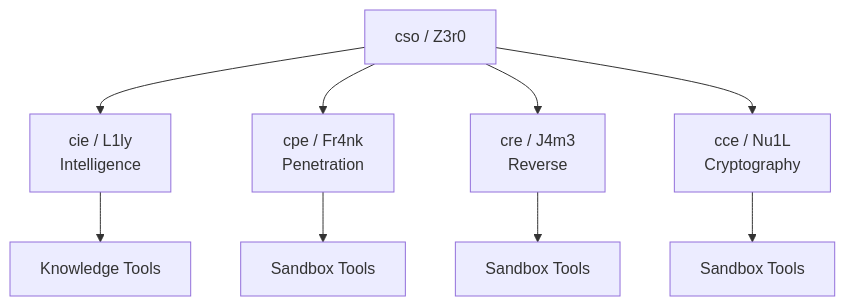
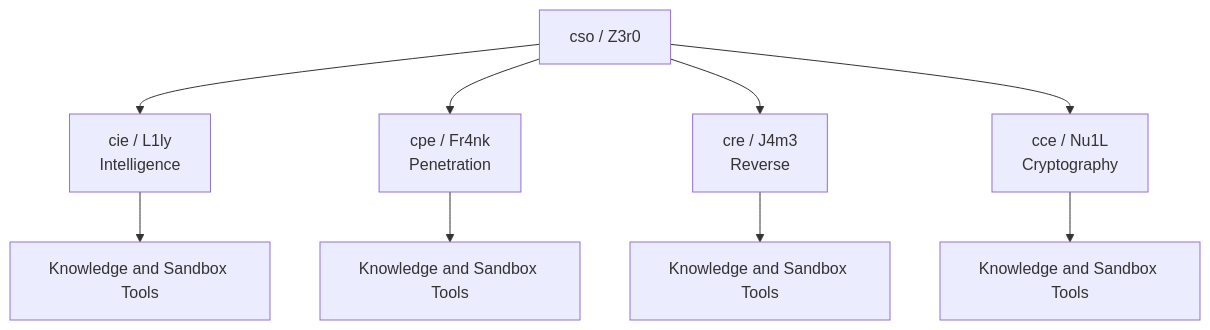
Before and after one commit to mascc/Z3r0: the second of 5 diagrams in README.md, drawn with Mermaid. The commit also changed 1 other file, not shown here.

Commit message:
docs: Update agent team's architecture

````diff
--- a/README.md
+++ b/README.md
@@ -73,13 +73,13 @@
 ```mermaid
 flowchart TB
   CSO["cso / Z3r0"]
   CSO --> CIE["cie / L1ly<br/>Intelligence"]
   CSO --> CPE["cpe / Fr4nk<br/>Penetration"]
   CSO --> CRE["cre / J4m3<br/>Reverse"]
   CSO --> CCE["cce / Nu1L<br/>Cryptography"]
 
-  CIE --> K1["Knowledge Tools"]
-  CPE --> S1["Sandbox Tools"]
-  CRE --> S2["Sandbox Tools"]
-  CCE --> S3["Sandbox Tools"]
+  CIE --> K1["Knowledge and Sandbox Tools"]
+  CPE --> S1["Knowledge and Sandbox Tools"]
+  CRE --> S2["Knowledge and Sandbox Tools"]
+  CCE --> S3["Knowledge and Sandbox Tools"]
 ```
````
